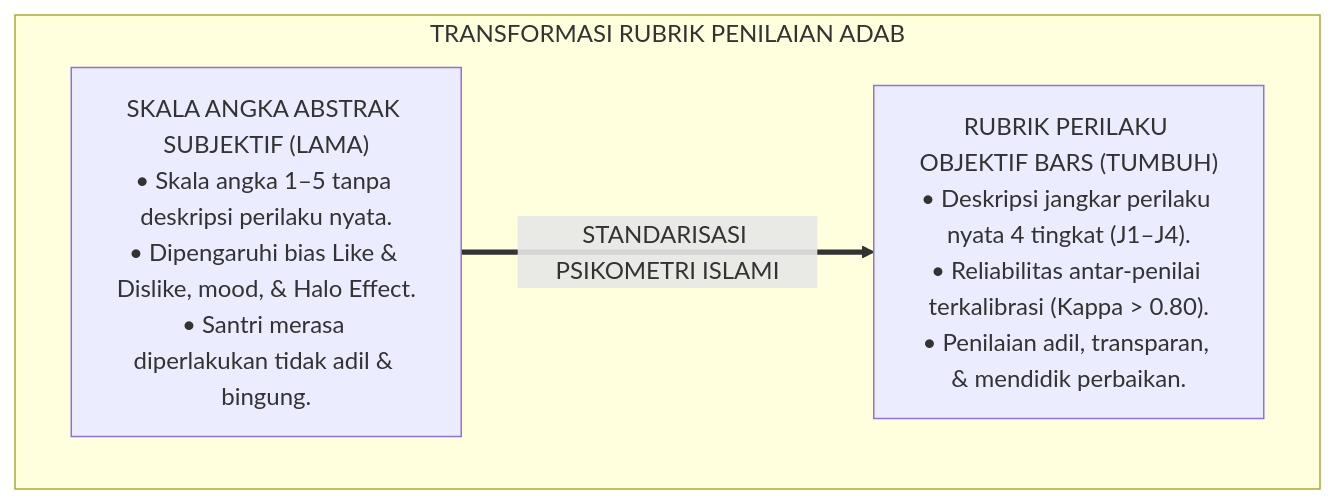
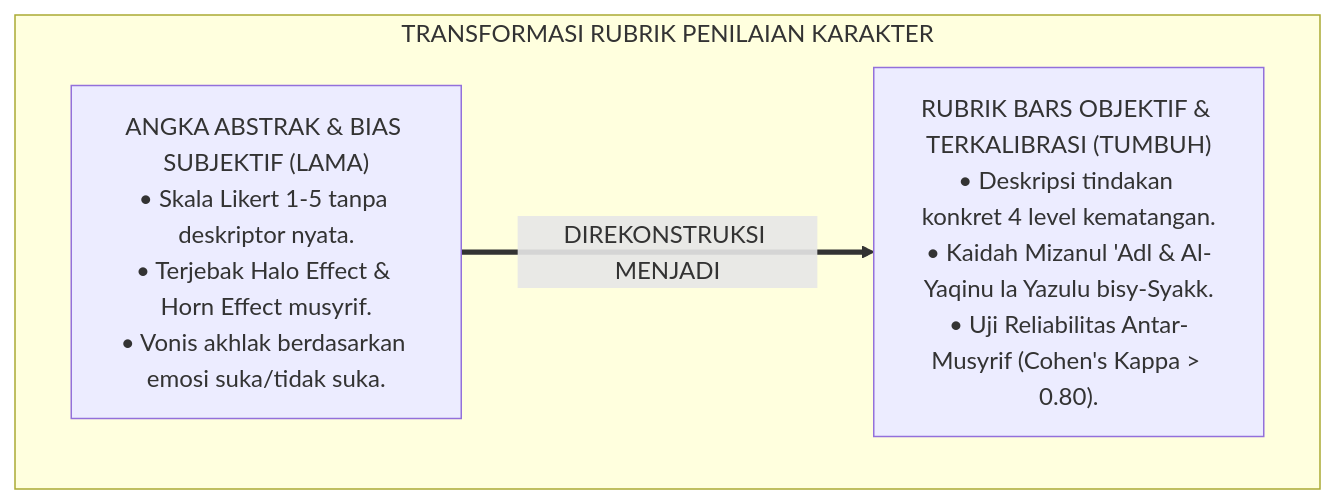
Before and after one commit to wandiapriliyandi/tumbuh: the first of 3 diagrams in 02 Principles/05 Assessment Principles/P2-05-02-Prinsip-Rubrik-Perilaku-Objektif-dan-Deskriptif.md, drawn with Mermaid. The commit also changed other lines of this file and 6 other files, not shown here.

````diff
--- a/02 Principles/05 Assessment Principles/P2-05-02-Prinsip-Rubrik-Perilaku-Objektif-dan-Deskriptif.md
+++ b/02 Principles/05 Assessment Principles/P2-05-02-Prinsip-Rubrik-Perilaku-Objektif-dan-Deskriptif.md
@@ -61,10 +56,10 @@
 ```mermaid
 flowchart TD
-    subgraph TransformasiRubrikPenilaian["TRANSFORMASI RUBRIK PENILAIAN ADAB"]
-        LikertAbstrak["SKALA ANGKA ABSTRAK SUBJEKTIF (LAMA)<br/>• Skala angka 1–5 tanpa deskripsi perilaku nyata.<br/>• Dipengaruhi bias Like & Dislike, mood, & Halo Effect.<br/>• Santri merasa diperlakukan tidak adil & bingung."]
+    subgraph TransformasiRubrikPerilaku["TRANSFORMASI RUBRIK PENILAIAN KARAKTER"]
+        PolaLikertLama["ANGKA ABSTRAK & BIAS SUBJEKTIF (LAMA)<br/>• Skala Likert 1-5 tanpa deskriptor nyata.<br/>• Terjebak Halo Effect & Horn Effect musyrif.<br/>• Vonis akhlak berdasarkan emosi suka/tidak suka."]
         
-        BARSTUMBUH["RUBRIK PERILAKU OBJEKTIF BARS (TUMBUH)<br/>• Deskripsi jangkar perilaku nyata 4 tingkat (J1–J4).<br/>• Reliabilitas antar-penilai terkalibrasi (Kappa > 0.80).<br/>• Penilaian adil, transparan, & mendidik perbaikan."]
+        PolaBARSTUMBUH["RUBRIK BARS OBJEKTIF & TERKALIBRASI (TUMBUH)<br/>• Deskripsi tindakan konkret 4 level kematangan.<br/>• Kaidah Mizanul 'Adl & Al-Yaqinu la Yazulu bisy-Syakk.<br/>• Uji Reliabilitas Antar-Musyrif (Cohen's Kappa > 0.80)."]
         
-        LikertAbstrak ==>|STANDARISASI PSIKOMETRI ISLAMI| BARSTUMBUH
+        PolaLikertLama ==>|DIREKONSTRUKSI MENJADI| PolaBARSTUMBUH
     end
 ```
````
